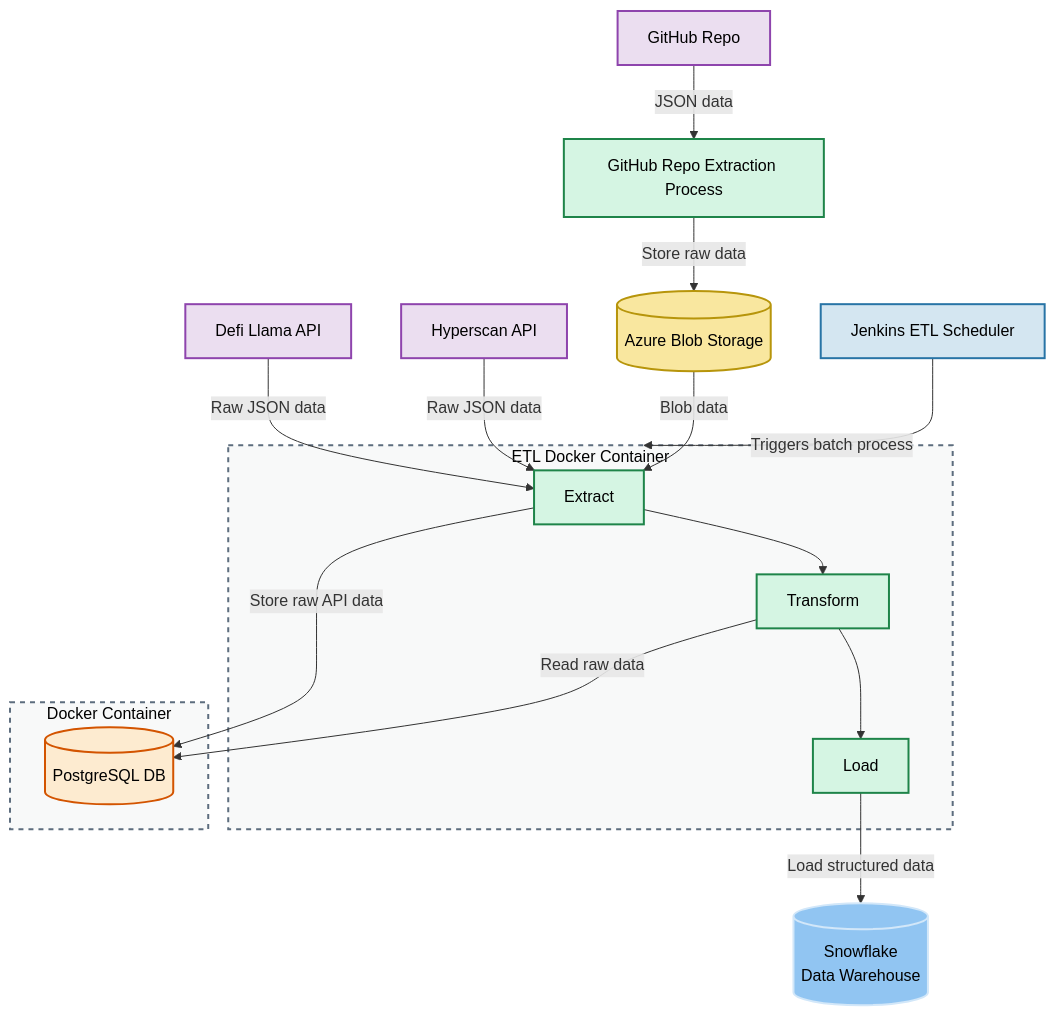
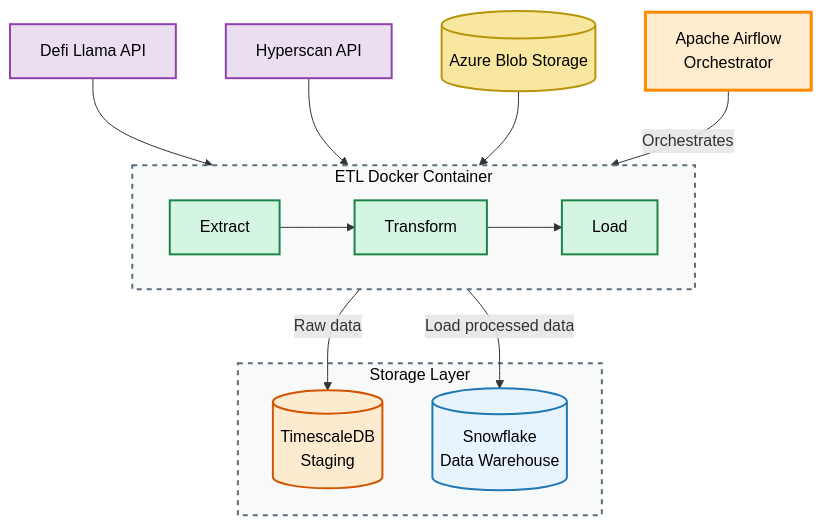
One commit to jakobsym/hl_protocol_pipeline changed the diagram in README.md. Above: the diagram before and after it, drawn with Mermaid. The commit also changed 2 other files, not shown here.

Commit message:
update arch diagram, and init more timescale functions

````diff
--- a/README.md
+++ b/README.md
@@ -5,57 +5,53 @@
 ```mermaid
-flowchart TD
-    %% Main schedulers
-    JenkinsETL["Jenkins ETL Scheduler"]
-    %%JenkinsGit["Jenkins GitHub Scheduler"]
-    
+flowchart TB
+    %% Orchestrator
+    Airflow["Apache Airflow<br/>Orchestrator"]
+
+    %% Data Sources (No subgraph box)
+    FinAPI1["Defi Llama API"]
+    FinAPI2["Hyperscan API"]
+    AzureBlob[("Azure Blob Storage")]
+
+    %% ETL Process (Middle Level)
     subgraph ETLContainer["ETL Docker Container"]
+        direction LR
         E["Extract"] --> T["Transform"]
         T --> L["Load"]
     end
-    
-    subgraph PostgresContainer["Docker Container"]
-        PostgreSQL[("PostgreSQL DB")]
+
+    %% Storage Layer (Bottom Level)
+    subgraph Storage["Storage Layer"]
+        TimescaleDB[("TimescaleDB<br/>Staging")]
+        Snowflake[("Snowflake<br/>Data Warehouse")]
     end
-    
-    %% Storage components
-    AzureBlob[("Azure Blob Storage")]
-    
-    %% External components
-    FinAPI1["Defi Llama API"]
-    FinAPI2["Hyperscan API"] 
-    GitHubRepo["GitHub Repo"]
-    GitHubExtract["GitHub Repo Extraction Process"]
-    Snowflake[("Snowflake 
-    Data Warehouse")]
-    
-    %% Relationships
-    JenkinsETL -->|"Triggers batch process"| ETLContainer
-    %%JenkinsGit -->|"Triggers extraction"| GitHubExtract
-    FinAPI1 -->|"Raw JSON data"| E
-    FinAPI2 -->|"Raw JSON data"| E
-    
-    GitHubRepo -->|"JSON data"| GitHubExtract
-    GitHubExtract -->|"Store raw data"| AzureBlob
-    AzureBlob -->|"Blob data"| E
-    
-    E -->|"Store raw API data"| PostgreSQL
-    T -->|"Read raw data"| PostgreSQL
-    L -->|"Load structured data"| Snowflake
-    
+
+    %% Main orchestration flow
+    Airflow -->|"Orchestrates"| ETLContainer
+
+    %% Data flow from sources to ETL Extract
+    FinAPI1 --> E
+    FinAPI2 --> E
+    AzureBlob --> E
+
+    %% ETL data flow
+    E -->|"Raw data"| TimescaleDB
+    %%T -->|"Read staged data"| TimescaleDB
+    L -->|"Load processed data"| Snowflake
+
     %% Styling with black text
-    classDef scheduler fill:#d4e6f1,stroke:#2874a6,stroke-width:2px,color:#000000
+    classDef orchestrator fill:#ffebcd,stroke:#ff8c00,stroke-width:3px,color:#000000
     classDef process fill:#d5f5e3,stroke:#1e8449,stroke-width:2px,color:#000000
     classDef database fill:#fdebd0,stroke:#d35400,stroke-width:2px,color:#000000
-    classDef warehouse fill:#91c5f2,stroke:#d2e7f9,stroke-width:2px,color:#000000
+    classDef warehouse fill:#e8f4fd,stroke:#1f77b4,stroke-width:2px,color:#000000
     classDef storage fill:#f9e79f,stroke:#b7950b,stroke-width:2px,color:#000000
     classDef external fill:#ebdef0,stroke:#8e44ad,stroke-width:2px,color:#000000
     classDef container fill:#f8f9f9,stroke:#5d6d7e,stroke-width:2px,stroke-dasharray:5,color:#000000
-    
-    class JenkinsETL,JenkinsGit scheduler
-    class E,T,L,GitHubExtract process
-    class PostgreSQL, database
-    class Snowflake, warehouse
+
+    class Airflow orchestrator
+    class E,T,L process
+    class TimescaleDB database
+    class Snowflake warehouse
     class AzureBlob storage
-    class FinAPI1,FinAPI2,GitHubRepo external
-    class ETLContainer,PostgresContainer container
+    class FinAPI1,FinAPI2 external
+    class ETLContainer,Storage container
 ```
````
